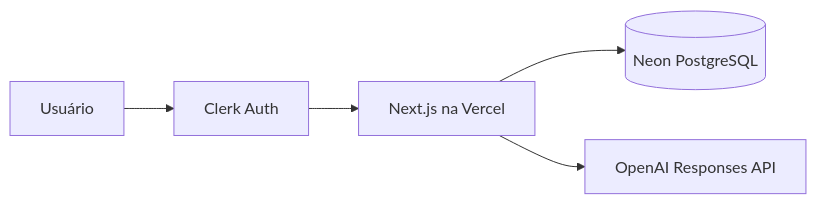
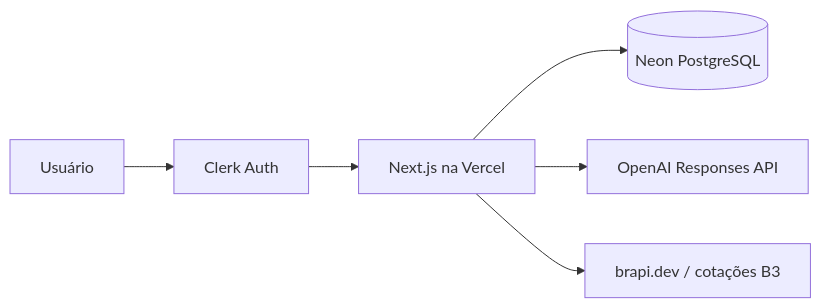
The diagram in README.md (ArthurSgarbi/meu-caixa), drawn with Mermaid before and after one commit. The commit also changed other lines of this file and 2 other files, not shown here.

````diff
--- a/README.md
+++ b/README.md
@@ -7,7 +7,8 @@
 ```mermaid
 flowchart LR
   U[Usuário] --> C[Clerk Auth]
   C --> N[Next.js na Vercel]
   N --> P[(Neon PostgreSQL)]
   N --> O[OpenAI Responses API]
+  N --> B[brapi.dev / cotações B3]
 ```
````
